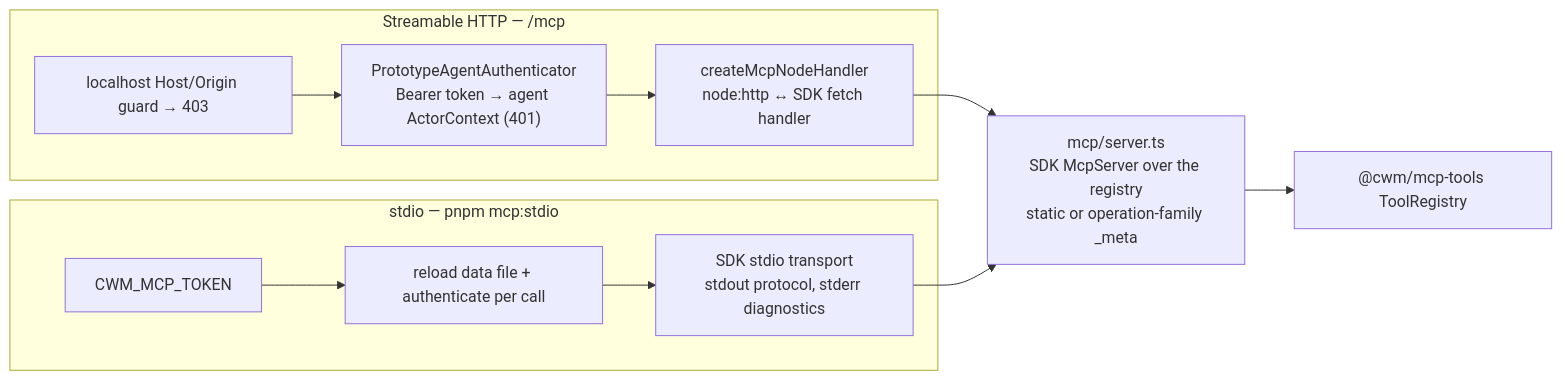
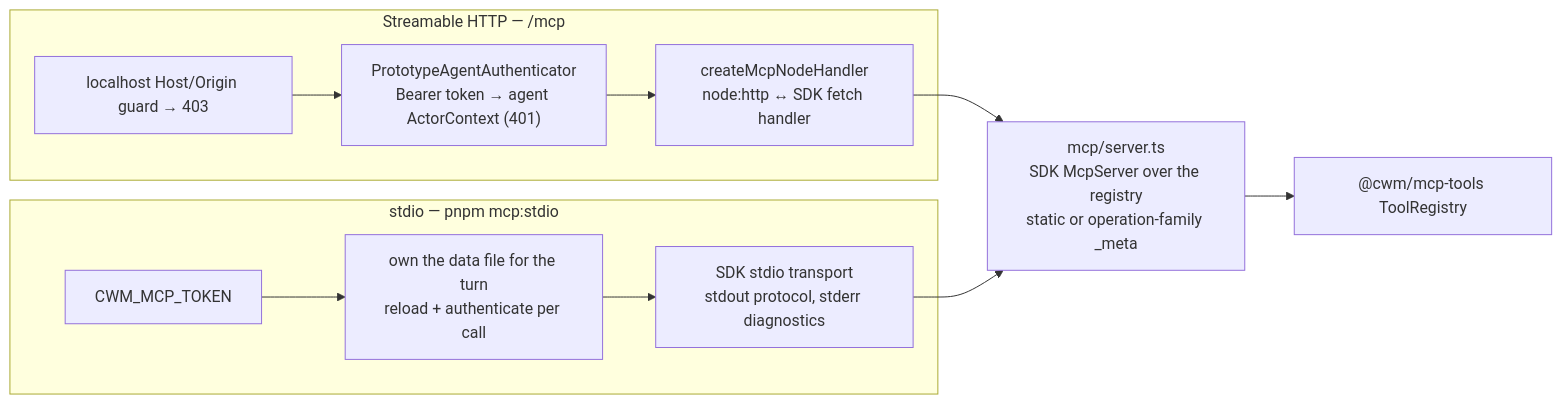
The first of 2 diagrams in docs/architecture/prototype-host/mcp-transport/what.md (CalciteDragon/Canvas-work-manager-prototype), drawn with Mermaid before and after one commit. The commit also changed other lines of this file and 22 other files, not shown here.

Commit message:
docs(slice-54): one writer per data file — decision, amendments, architecture, guide (§§14, 59, 62, 78)

````diff
--- a/docs/architecture/prototype-host/mcp-transport/what.md
+++ b/docs/architecture/prototype-host/mcp-transport/what.md
@@ -5,18 +5,18 @@
 ```mermaid
 flowchart LR
   subgraph http["Streamable HTTP — /mcp"]
     guard["localhost Host/Origin guard → 403"]
     auth["PrototypeAgentAuthenticator<br/>Bearer token → agent ActorContext (401)"]
     node["createMcpNodeHandler<br/>node:http ↔ SDK fetch handler"]
   end
   subgraph stdio["stdio — pnpm mcp:stdio"]
     env["CWM_MCP_TOKEN"]
-    reload["reload data file + authenticate per call"]
+    reload["own the data file for the turn<br/>reload + authenticate per call"]
     sdkstdio["SDK stdio transport<br/>stdout protocol, stderr diagnostics"]
   end
   server["mcp/server.ts<br/>SDK McpServer over the registry<br/>static or operation-family _meta"]
   registry["@cwm/mcp-tools ToolRegistry"]
   guard --> auth --> node --> server
   env --> reload --> sdkstdio --> server
   server --> registry
 ```
````
